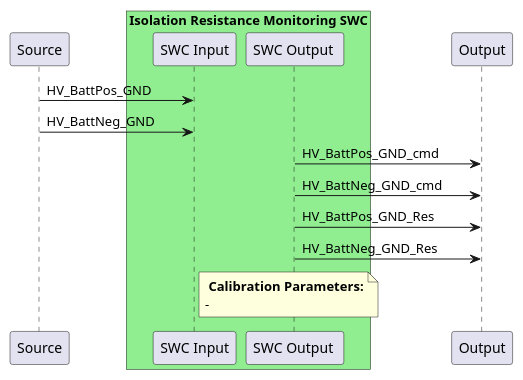
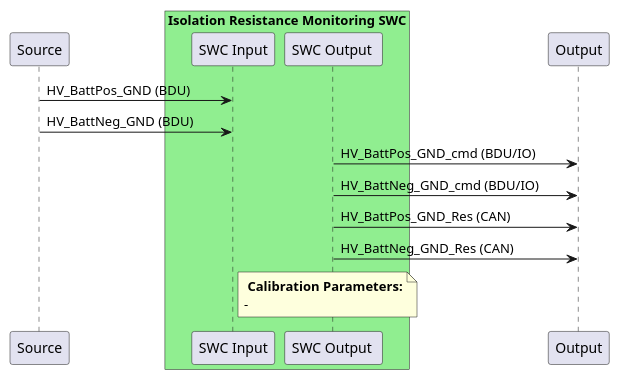
The diagram in simtestlab/SoftwareSpecifiactions/ApplicationSoftware/Isolation Resistance Monitoring.md (Simtestlab/atlas), drawn with PlantUML before and after one commit.

Commit message:
Update Isolation Resistance Monitoring.md

````diff
--- a/simtestlab/SoftwareSpecifiactions/ApplicationSoftware/Isolation Resistance Monitoring.md
+++ b/simtestlab/SoftwareSpecifiactions/ApplicationSoftware/Isolation Resistance Monitoring.md
@@ -12,33 +12,33 @@
 ```puml
 @startuml
 
 ' External signal sources (left)
 participant "Source" as Inputs
 
 ' SWC in the middle   
 box "Isolation Resistance Monitoring SWC" #LightGreen
   participant "SWC Input" as In
   participant "SWC Output " as Out
 
 end box
 
 ' Signals into SWC ############################# EDIT ONLY HERE #############################
-Inputs -> In : HV_BattPos_GND
-Inputs -> In : HV_BattNeg_GND
+Inputs -> In : HV_BattPos_GND (BDU)
+Inputs -> In : HV_BattNeg_GND (BDU)
 
 ' Signals from SWC ##########################  EDIT ONLY HERE ################################
-Out -> Output : HV_BattPos_GND_cmd
-Out -> Output : HV_BattNeg_GND_cmd
-Out -> Output : HV_BattPos_GND_Res
-Out -> Output : HV_BattNeg_GND_Res
+Out -> Output : HV_BattPos_GND_cmd (BDU/IO)
+Out -> Output : HV_BattNeg_GND_cmd (BDU/IO)
+Out -> Output : HV_BattPos_GND_Res (CAN)
+Out -> Output : HV_BattNeg_GND_Res (CAN)
 
 
 
 ' Signals from SWC ##########################  EDIT ONLY HERE ################################
 note right of In 
     <b> Calibration Parameters:</b>
     - 
 end note
 @enduml
 
 ```
````
